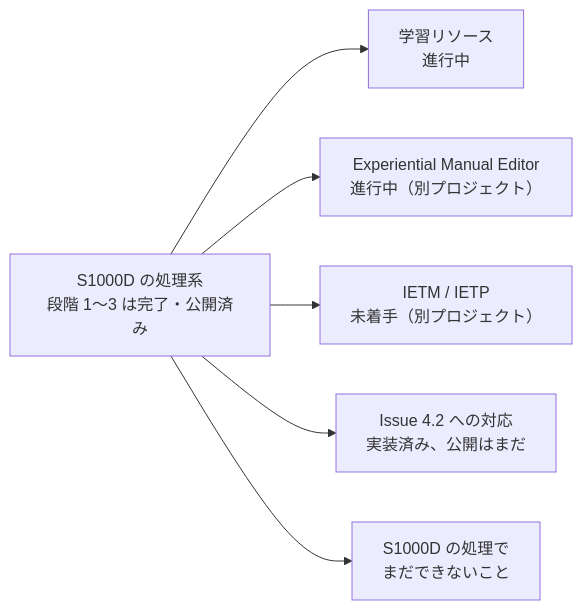
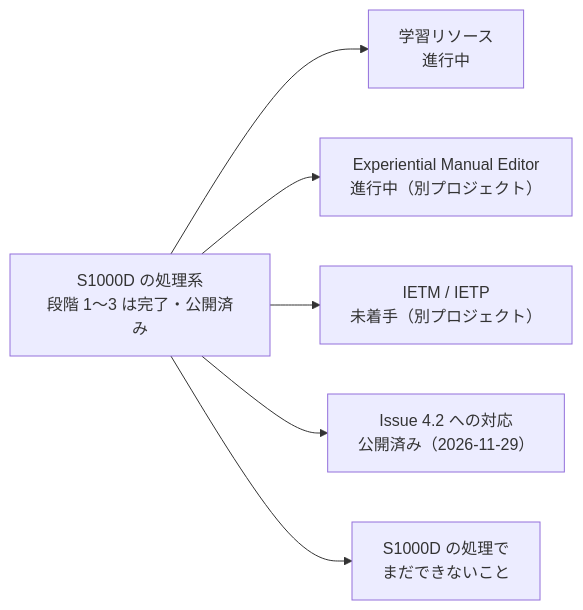
One commit to shuji-bonji/s1000d-stack changed the third of 5 diagrams in docs/ROADMAP.md. Above: the diagram before and after it, drawn with Mermaid. The commit also changed other lines of this file and 1 other file, not shown here.

First line of the commit message:
docs: s1000d-core 0.20.0 と MCP 3 本の公開を、ROADMAP と issue-14-followups.md に反映しました

````diff
--- a/docs/ROADMAP.md
+++ b/docs/ROADMAP.md
@@ -95,8 +95,8 @@
 ```mermaid
 flowchart LR
   B["S1000D の処理系<br/>段階 1〜3 は完了・公開済み"] --> L["学習リソース<br/>進行中"]
   B --> X["Experiential Manual Editor<br/>進行中（別プロジェクト）"]
   B --> I["IETM / IETP<br/>未着手（別プロジェクト）"]
-  B --> V["Issue 4.2 への対応<br/>実装済み、公開はまだ"]
+  B --> V["Issue 4.2 への対応<br/>公開済み（2026-11-29）"]
   B --> F["S1000D の処理で<br/>まだできないこと"]
 ```
````
